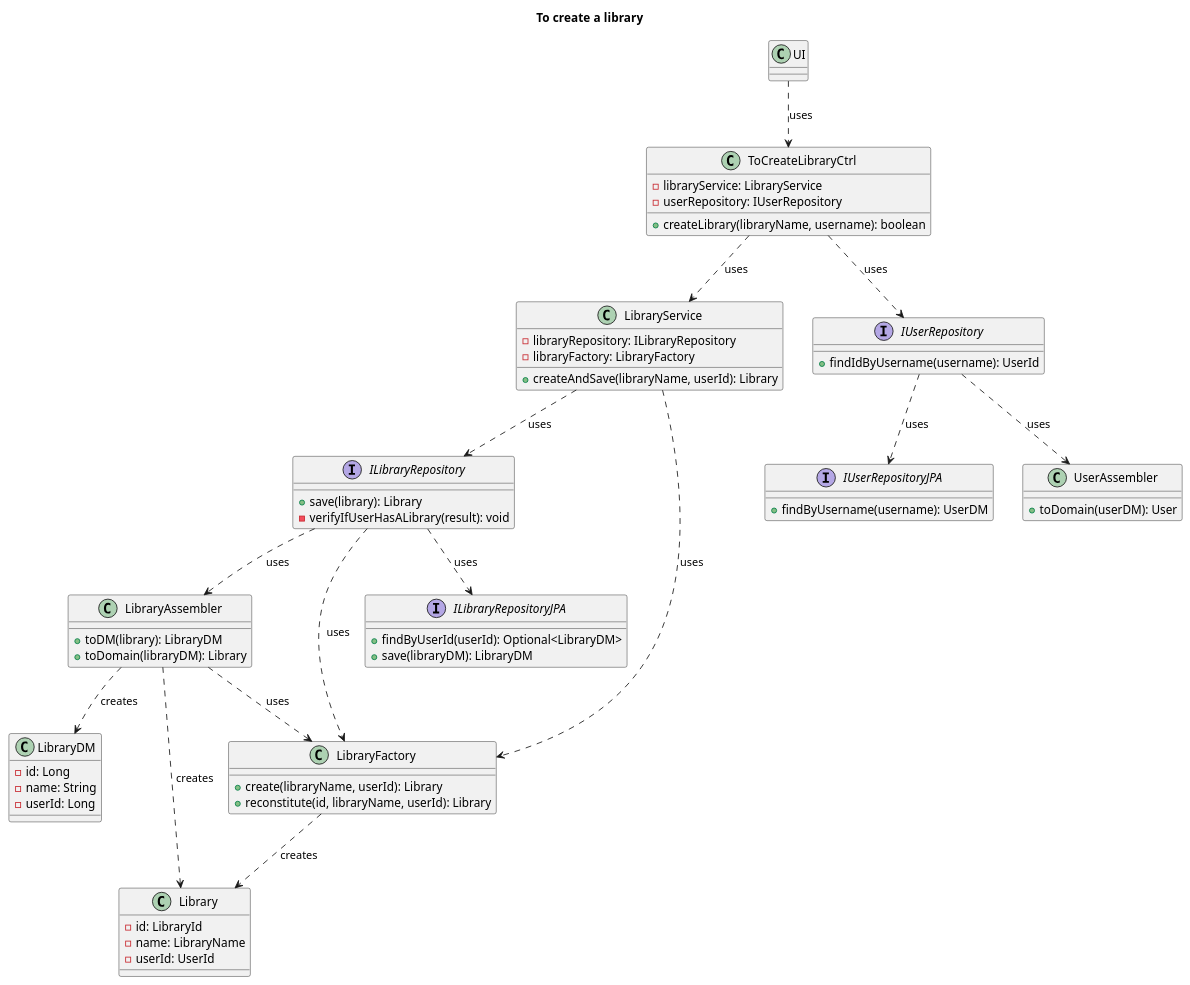
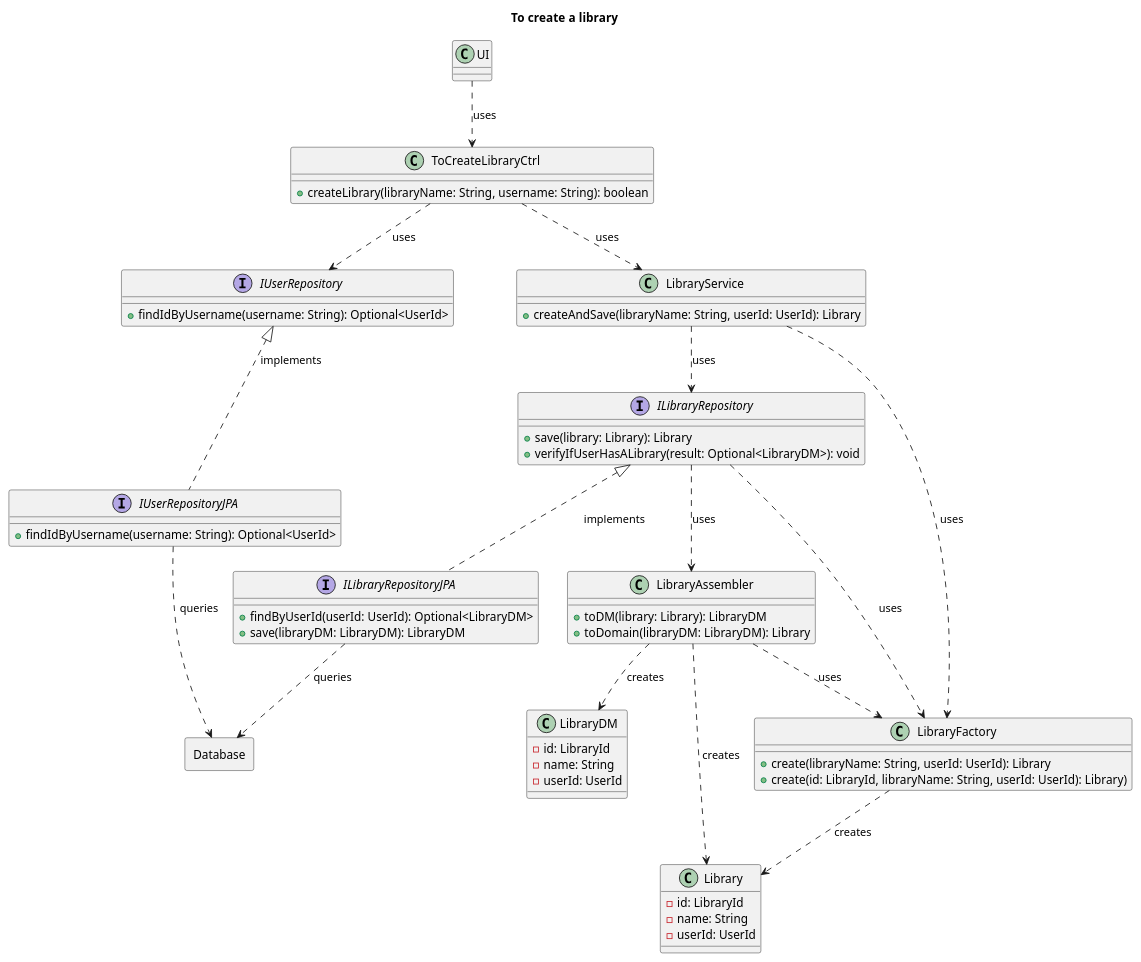
Before and after one commit to AndrePereiraGitH/SWitCH-Project-Team_A: the diagram in Diagrams/ClassDiagrams/To-create-a-library.puml, drawn with PlantUML. The commit also changed 3 other files, not shown here.

Commit message:
docs #651:  Update SD & CD to remove UserAssembler, fix SQL and align return types

```diff
--- a/Diagrams/ClassDiagrams/To-create-a-library.puml
+++ b/Diagrams/ClassDiagrams/To-create-a-library.puml
@@ -1,79 +1,85 @@
 @startuml
 title To create a library
 
+' ── UI Layer ───────────────────────────────────────────────
 class UI {
 }
 
+' ── Application Layer ──────────────────────────────────────
 class ToCreateLibraryCtrl {
-    - libraryService: LibraryService
-    - userRepository: IUserRepository
-    + createLibrary(libraryName, username): boolean
+    + createLibrary(libraryName: String, username: String): boolean
 }
 
 class LibraryService {
-    - libraryRepository: ILibraryRepository
-    - libraryFactory: LibraryFactory
-    + createAndSave(libraryName, userId): Library
+    + createAndSave(libraryName: String, userId: UserId): Library
 }
 
+' ── Domain Layer ───────────────────────────────────────────
 interface IUserRepository {
-    + findIdByUsername(username): UserId
-}
-
-interface IUserRepositoryJPA {
-    + findByUsername(username): UserDM
-}
-
-class UserAssembler {
-    + toDomain(userDM): User
+    + findIdByUsername(username: String): Optional<UserId>
 }
 
 interface ILibraryRepository {
-    + save(library): Library
-    - verifyIfUserHasALibrary(result): void
-}
-
-interface ILibraryRepositoryJPA {
-    + findByUserId(userId): Optional<LibraryDM>
-    + save(libraryDM): LibraryDM
-}
-
-class LibraryAssembler {
-    + toDM(library): LibraryDM
-    + toDomain(libraryDM): Library
+    + save(library: Library): Library
+    + verifyIfUserHasALibrary(result: Optional<LibraryDM>): void
 }
 
 class LibraryFactory {
-    + create(libraryName, userId): Library
-    + reconstitute(id, libraryName, userId): Library
+    + create(libraryName: String, userId: UserId): Library
+    + create(id: LibraryId, libraryName: String, userId: UserId): Library)
 }
 
 class Library {
     - id: LibraryId
-    - name: LibraryName
+    - name: String
     - userId: UserId
 }
 
-class LibraryDM {
-    - id: Long
-    - name: String
-    - userId: Long
+' ── Infrastructure Layer ───────────────────────────────────
+interface IUserRepositoryJPA {
+    + findIdByUsername(username: String): Optional<UserId>
 }
 
-' Relationships
+interface ILibraryRepositoryJPA {
+    + findByUserId(userId: UserId): Optional<LibraryDM>
+    + save(libraryDM: LibraryDM): LibraryDM
+}
+
+class LibraryAssembler {
+    + toDM(library: Library): LibraryDM
+    + toDomain(libraryDM: LibraryDM): Library
+}
+
+class LibraryDM {
+    - id: LibraryId
+    - name: String
+    - userId: UserId
+}
+
+Rectangle Database {
+}
+
+' ── Relationships ──────────────────────────────────────────
 UI ..> ToCreateLibraryCtrl: uses
+ToCreateLibraryCtrl ..> IUserRepository: uses
 ToCreateLibraryCtrl ..> LibraryService: uses
-ToCreateLibraryCtrl ..> IUserRepository: uses
-IUserRepository ..> IUserRepositoryJPA: uses
-IUserRepository ..> UserAssembler: uses
+
+LibraryService ..> LibraryFactory: uses
 LibraryService ..> ILibraryRepository: uses
-LibraryService ..> LibraryFactory: uses
-ILibraryRepository ..> ILibraryRepositoryJPA: uses
+
+IUserRepository <|.. IUserRepositoryJPA: implements
+ILibraryRepository <|.. ILibraryRepositoryJPA: implements
+
 ILibraryRepository ..> LibraryAssembler: uses
 ILibraryRepository ..> LibraryFactory: uses
+
+LibraryAssembler ..> LibraryFactory: uses
 LibraryAssembler ..> LibraryDM: creates
 LibraryAssembler ..> Library: creates
-LibraryAssembler ..> LibraryFactory: uses
+
 LibraryFactory ..> Library: creates
 
+IUserRepositoryJPA ..> Database: queries
+ILibraryRepositoryJPA ..> Database: queries
+
 @enduml
```
